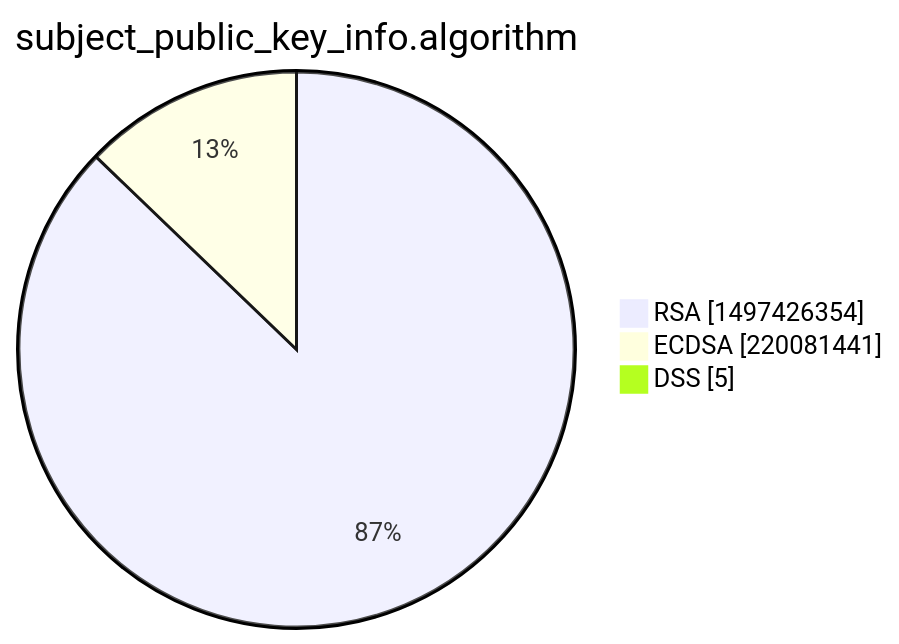
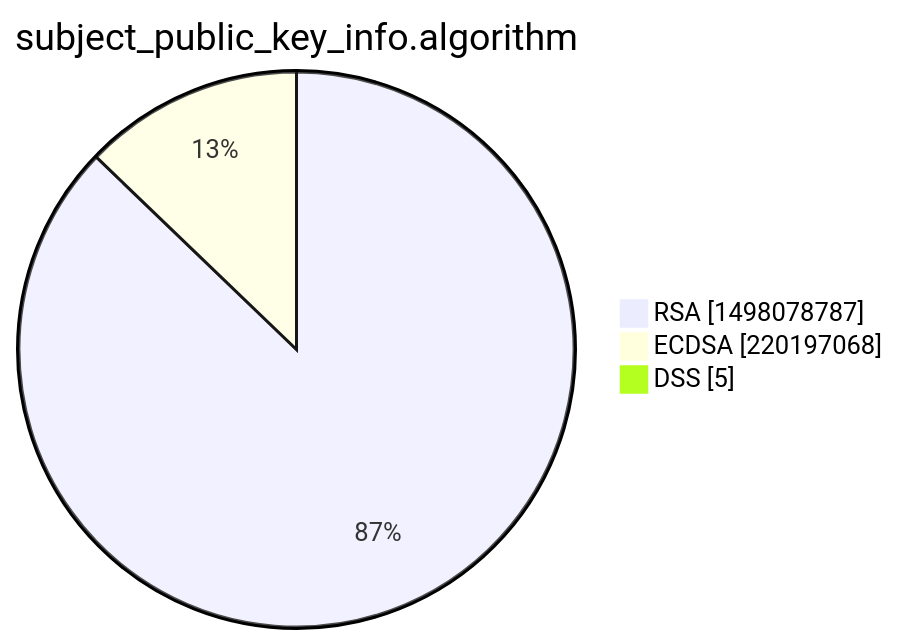
One commit to christiankrug/ctmonitor_visualization changed the third of 15 diagrams in xenon2022/README.md. Above: the diagram before and after it, drawn with Mermaid. The commit also changed other lines of this file, not shown here.

````diff
--- a/xenon2022/README.md
+++ b/xenon2022/README.md
@@ -14,7 +14,7 @@
 ```mermaid
 pie showData
 title subject_public_key_info.algorithm
-"RSA" :1497426354
-"ECDSA" :220081441
+"RSA" :1498078787
+"ECDSA" :220197068
 "DSS" :5
 ```
````
